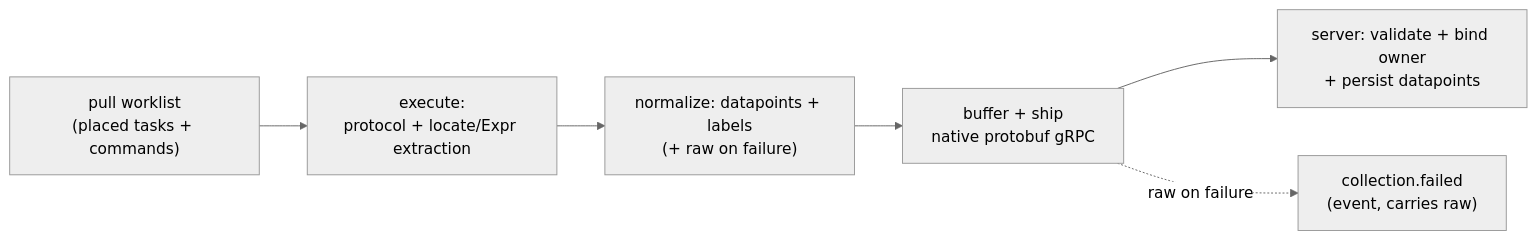
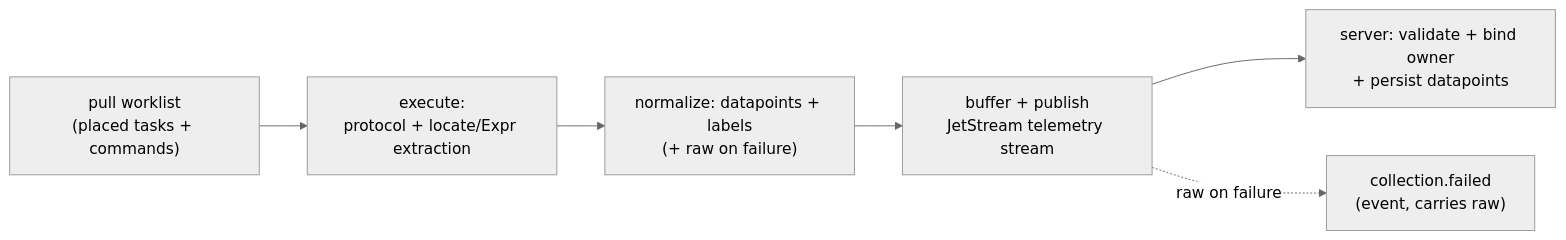
The diagram in docs/src/content/docs/architecture/nodes.md (hyperscaleav/omniglass), drawn with Mermaid (neutral theme) before and after one commit. The commit also changed other lines of this file and 15 other files, not shown here.

First line of the commit message:
docs: model the internal comms plane on NATS JetStream

````diff
--- a/docs/src/content/docs/architecture/nodes.md
+++ b/docs/src/content/docs/architecture/nodes.md
@@ -336,8 +341,8 @@
 ```mermaid
 flowchart LR
   W["pull worklist<br/>(placed tasks + commands)"] --> X["execute:<br/>protocol + locate/Expr extraction"]
   X --> N["normalize: datapoints + labels<br/>(+ raw on failure)"]
-  N --> S["buffer + ship<br/>native protobuf gRPC"]
+  N --> S["buffer + publish<br/>JetStream telemetry stream"]
   S --> WK["server: validate + bind owner<br/>+ persist datapoints"]
   S -.->|"raw on failure"| CF["collection.failed<br/>(event, carries raw)"]
 ```
````
